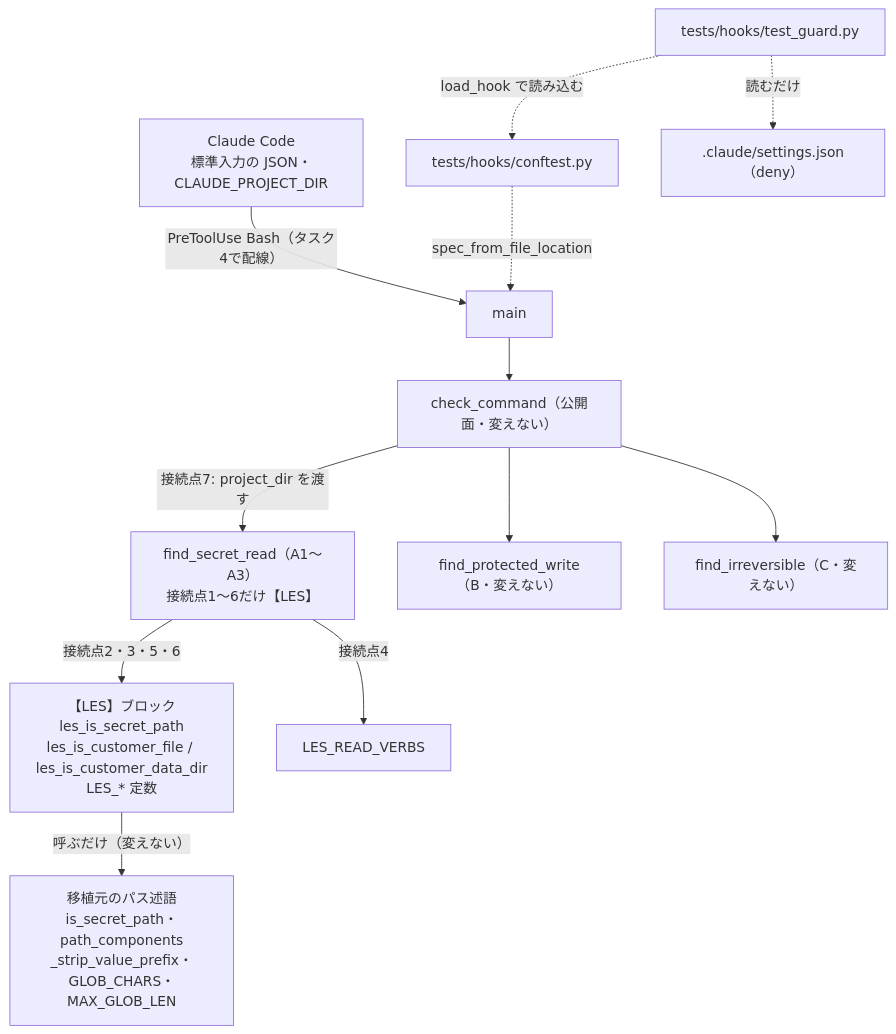
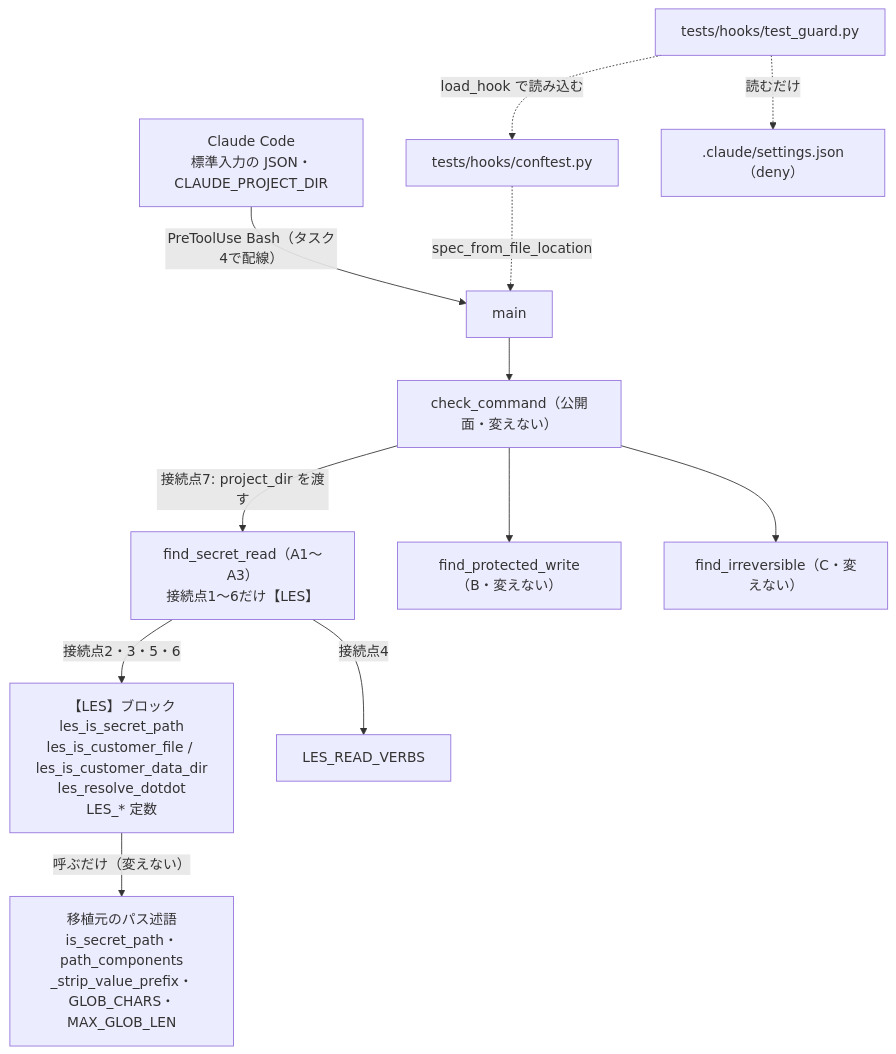
One commit to t-motoki/demo-life-event-simulator changed the diagram in docs/design/guard_hook.md. Above: the diagram before and after it, drawn with Mermaid. The commit also changed other lines of this file and 10 other files, not shown here.

````diff
--- a/docs/design/guard_hook.md
+++ b/docs/design/guard_hook.md
@@ -129,15 +164,15 @@
 ```mermaid
 graph TD
   %% 矢印は「呼ぶ／読む」の向き
   CC["Claude Code<br/>標準入力の JSON・CLAUDE_PROJECT_DIR"] -->|PreToolUse Bash（タスク4で配線）| Main["main"]
   Main --> Check["check_command（公開面・変えない）"]
   Check -->|接続点7: project_dir を渡す| FSR["find_secret_read（A1〜A3）<br/>接続点1〜6だけ【LES】"]
   Check --> FPW["find_protected_write（B・変えない）"]
   Check --> FIR["find_irreversible（C・変えない）"]
-  FSR -->|接続点2・3・5・6| LES["【LES】ブロック<br/>les_is_secret_path<br/>les_is_customer_file / les_is_customer_data_dir<br/>LES_* 定数"]
+  FSR -->|接続点2・3・5・6| LES["【LES】ブロック<br/>les_is_secret_path<br/>les_is_customer_file / les_is_customer_data_dir<br/>les_resolve_dotdot<br/>LES_* 定数"]
   FSR -->|接続点4| LESV["LES_READ_VERBS"]
   LES -->|呼ぶだけ（変えない）| SRC["移植元のパス述語<br/>is_secret_path・path_components<br/>_strip_value_prefix・GLOB_CHARS・MAX_GLOB_LEN"]
   T["tests/hooks/test_guard.py"] -.->|load_hook で読み込む| Conf["tests/hooks/conftest.py"]
   Conf -.->|spec_from_file_location| Main
   T -.->|読むだけ| Settings[".claude/settings.json（deny）"]
 ```
````
